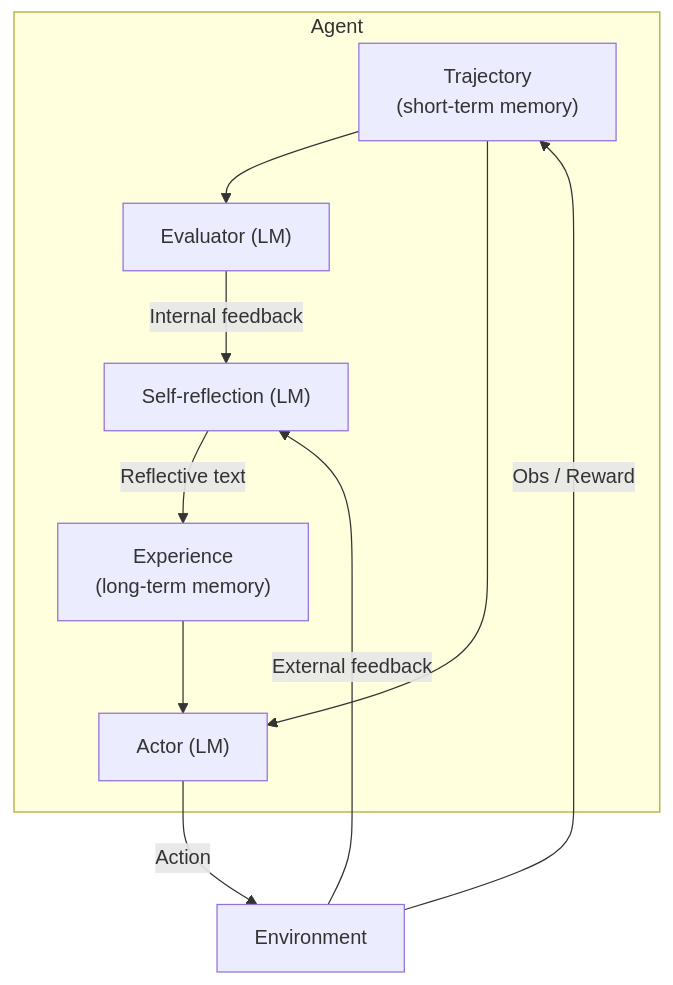
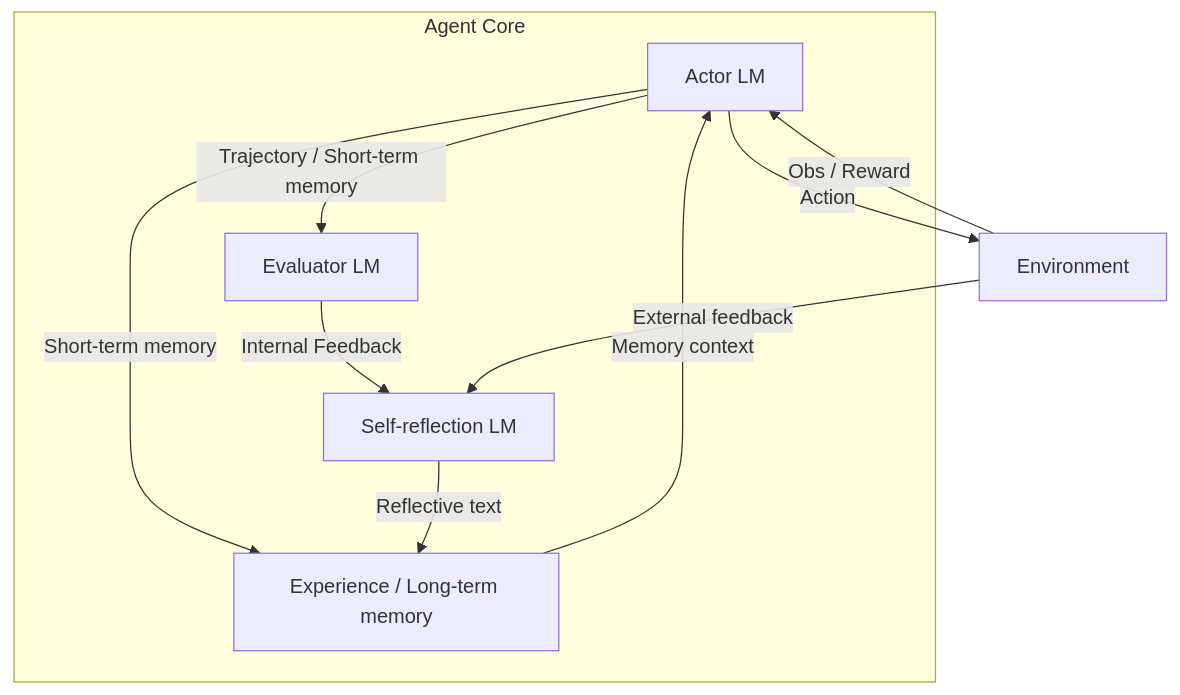
The diagram in docs/paper-research/md-downloaded-paper-curated/22-reflexion-language-agents-with-verbal-rl.md (nishan-paul-2022/cmatrix-agentic-red-team), drawn with Mermaid before and after one commit. The commit also changed other lines of this file and 52 other files, not shown here.

````diff
--- a/docs/paper-research/md-downloaded-paper-curated/22-reflexion-language-agents-with-verbal-rl.md
+++ b/docs/paper-research/md-downloaded-paper-curated/22-reflexion-language-agents-with-verbal-rl.md
@@ -146,21 +145,13 @@
 ```mermaid
-flowchart TD
-    subgraph Agent["Agent"]
-        Trajectory["Trajectory<br/>(short-term memory)"]
-        Evaluator["Evaluator (LM)"]
-        Self_reflection["Self-reflection (LM)"]
-        Experience["Experience<br/>(long-term memory)"]
-        Actor["Actor (LM)"]
-
-        Trajectory --> Evaluator
-        Evaluator -- "Internal feedback" --> Self_reflection
-        Self_reflection -- "Reflective text" --> Experience
-        Experience --> Actor
-        Trajectory --> Actor
+graph TD
+    subgraph Agent ["Agent Core"]
+        A[Actor LM] -->|Trajectory / Short-term memory| B[Evaluator LM]
+        B -->|Internal Feedback| C[Self-reflection LM]
+        A -->|Short-term memory| D[Experience / Long-term memory]
+        C -->|Reflective text| D
+        D -->|Memory context| A
     end
-
-    Environment["Environment"]
-    Environment -- "Obs / Reward" --> Trajectory
-    Environment -- "External feedback" --> Self_reflection
-    Actor -- "Action" --> Environment
+    E[Environment] -->|Obs / Reward| A
+    A -->|Action| E
+    E -->|External feedback| C
 ```
````
